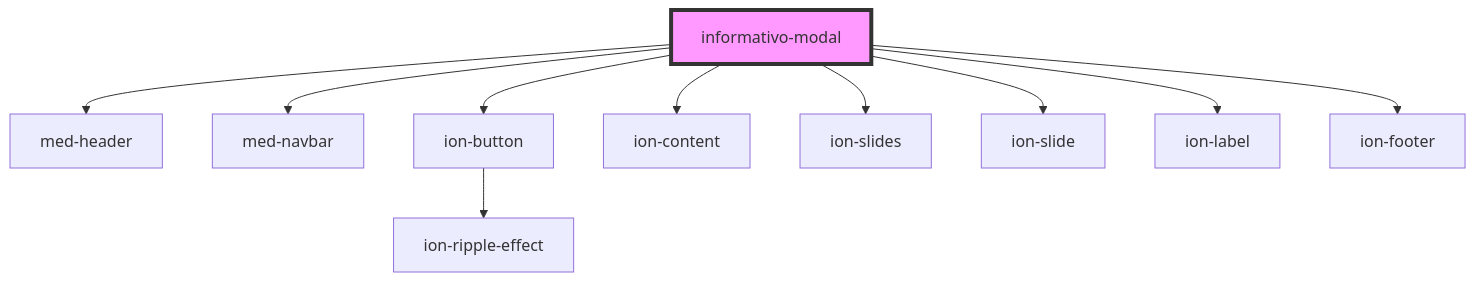
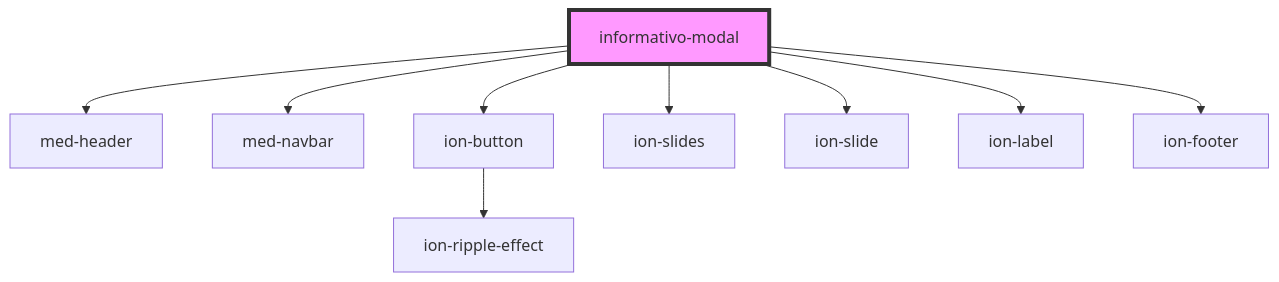
The diagram in core/src/components/@templarios/ionic-1-migracao/apostila/informativo-modal/readme.md (MEDGRUPOGIT/ionic-framework-1), drawn with Mermaid before and after one commit. The commit also changed other lines of this file and 6 other files, not shown here.

Commit message:
migração ajuste modal informativo e tutorial

````diff
--- a/core/src/components/@templarios/ionic-1-migracao/apostila/informativo-modal/readme.md
+++ b/core/src/components/@templarios/ionic-1-migracao/apostila/informativo-modal/readme.md
@@ -22,13 +21,12 @@
 ```mermaid
 graph TD;
   informativo-modal --> med-header
   informativo-modal --> med-navbar
   informativo-modal --> ion-button
-  informativo-modal --> ion-content
   informativo-modal --> ion-slides
   informativo-modal --> ion-slide
   informativo-modal --> ion-label
   informativo-modal --> ion-footer
   ion-button --> ion-ripple-effect
   style informativo-modal fill:#f9f,stroke:#333,stroke-width:4px
 ```
````
